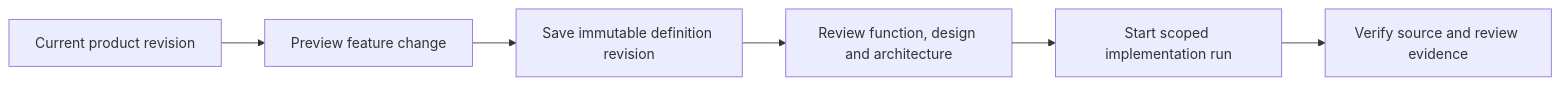
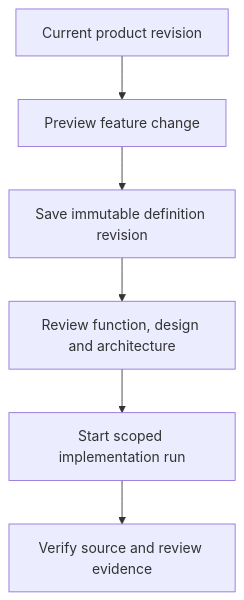
The diagram in docs/product-lifecycle.md (fireflyframework/firefly-forge), drawn with Mermaid before and after one commit. The commit also changed 6 other files, not shown here.

Commit message:
Render readable documentation diagrams with the native runtime

````diff
--- a/docs/product-lifecycle.md
+++ b/docs/product-lifecycle.md
@@ -11,8 +11,8 @@
 ```mermaid
-flowchart LR
+flowchart TD
   A[Current product revision] --> B[Preview feature change]
   B --> C[Save immutable definition revision]
   C --> D[Review function, design and architecture]
   D --> E[Start scoped implementation run]
   E --> F[Verify source and review evidence]
 ```
````
